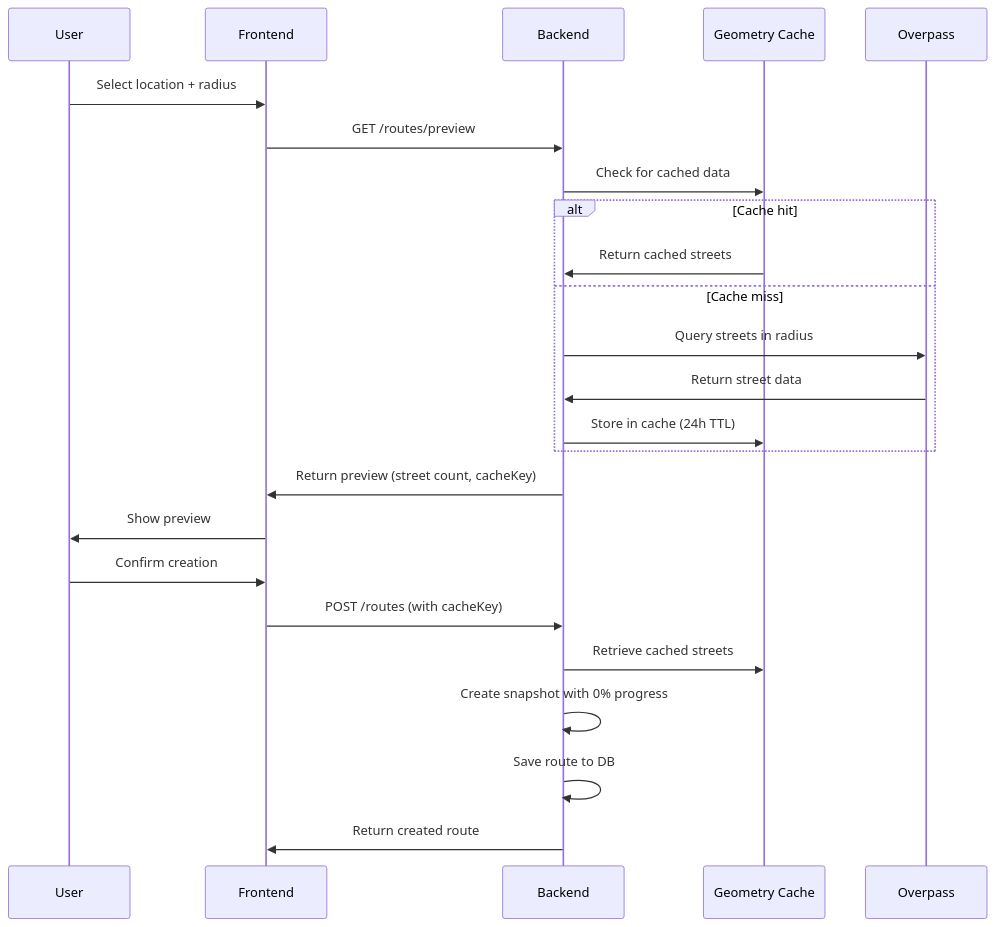
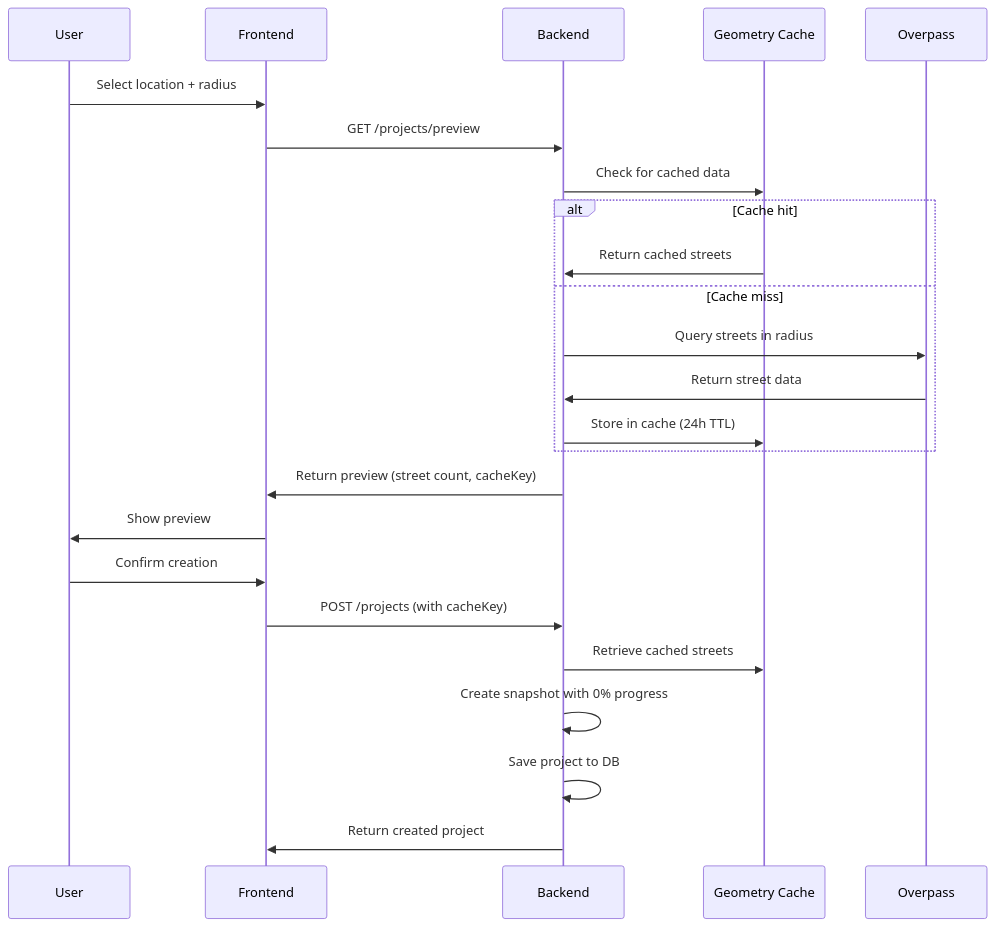
The third of 4 diagrams in src/docs/ARCHITECTURE.md (devevangel/street-keeper-server), drawn with Mermaid before and after one commit. The commit also changed other lines of this file and 20 other files, not shown here.

First line of the commit message:
Refactor Route to Project model and update related documentation

````diff
--- a/src/docs/ARCHITECTURE.md
+++ b/src/docs/ARCHITECTURE.md
@@ -363,29 +363,29 @@
 ```mermaid
 sequenceDiagram
     participant User
     participant Frontend
     participant Backend
     participant Cache as Geometry Cache
     participant Overpass
 
     User->>Frontend: Select location + radius
-    Frontend->>Backend: GET /routes/preview
+    Frontend->>Backend: GET /projects/preview
     Backend->>Cache: Check for cached data
 
     alt Cache hit
         Cache->>Backend: Return cached streets
     else Cache miss
         Backend->>Overpass: Query streets in radius
         Overpass->>Backend: Return street data
         Backend->>Cache: Store in cache (24h TTL)
     end
 
     Backend->>Frontend: Return preview (street count, cacheKey)
     Frontend->>User: Show preview
     User->>Frontend: Confirm creation
-    Frontend->>Backend: POST /routes (with cacheKey)
+    Frontend->>Backend: POST /projects (with cacheKey)
     Backend->>Cache: Retrieve cached streets
     Backend->>Backend: Create snapshot with 0% progress
-    Backend->>Backend: Save route to DB
-    Backend->>Frontend: Return created route
+    Backend->>Backend: Save project to DB
+    Backend->>Frontend: Return created project
 ```
````
